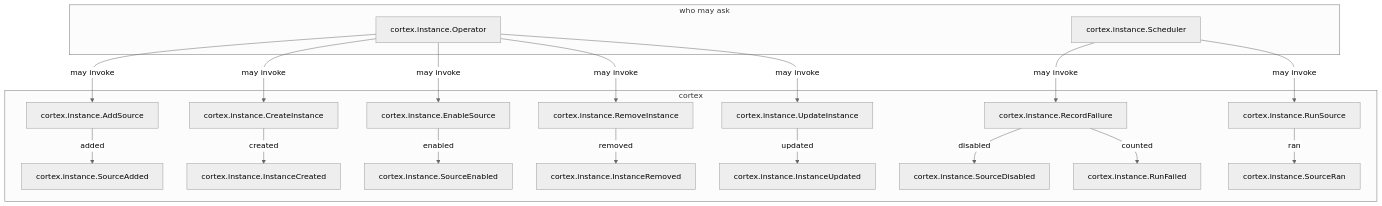
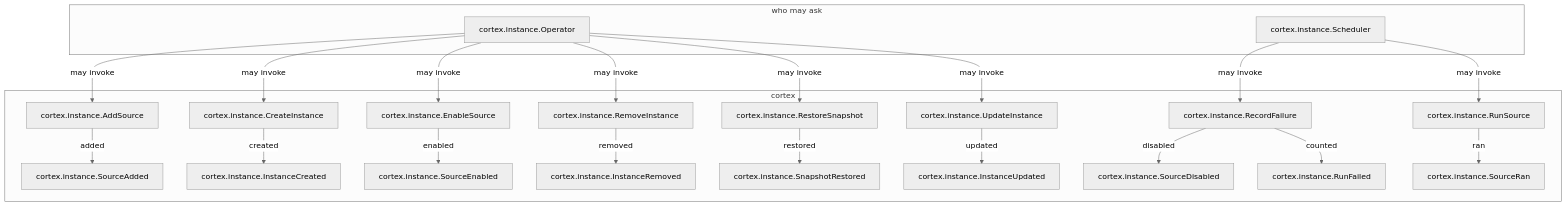
Before and after one commit to beyond10x/cortex: the diagram in generated/docs/docs/index.md, drawn with Mermaid (neutral theme). The commit also changed other lines of this file and 126 other files, not shown here.

First line of the commit message:
snapshot: a bad run can be undone from the snapshot taken before it

````diff
--- a/generated/docs/docs/index.md
+++ b/generated/docs/docs/index.md
@@ -14,39 +14,43 @@
 ```mermaid
 flowchart TB
     subgraph who["who may ask"]
         who0["cortex.instance.Operator"]
         who1["cortex.instance.Scheduler"]
     end
     subgraph unit0["cortex"]
         cmd0["cortex.instance.AddSource"]
         cmd1["cortex.instance.CreateInstance"]
         cmd2["cortex.instance.EnableSource"]
         cmd3["cortex.instance.RecordFailure"]
         cmd4["cortex.instance.RemoveInstance"]
-        cmd5["cortex.instance.RunSource"]
-        cmd6["cortex.instance.UpdateInstance"]
+        cmd5["cortex.instance.RestoreSnapshot"]
+        cmd6["cortex.instance.RunSource"]
+        cmd7["cortex.instance.UpdateInstance"]
         evt0["cortex.instance.InstanceCreated"]
         evt1["cortex.instance.InstanceRemoved"]
         evt2["cortex.instance.InstanceUpdated"]
         evt3["cortex.instance.RunFailed"]
-        evt4["cortex.instance.SourceAdded"]
-        evt5["cortex.instance.SourceDisabled"]
-        evt6["cortex.instance.SourceEnabled"]
-        evt7["cortex.instance.SourceRan"]
+        evt4["cortex.instance.SnapshotRestored"]
+        evt5["cortex.instance.SourceAdded"]
+        evt6["cortex.instance.SourceDisabled"]
+        evt7["cortex.instance.SourceEnabled"]
+        evt8["cortex.instance.SourceRan"]
     end
     who0 -->|"may invoke"| cmd0
     who0 -->|"may invoke"| cmd1
     who0 -->|"may invoke"| cmd2
     who0 -->|"may invoke"| cmd4
-    who0 -->|"may invoke"| cmd6
+    who0 -->|"may invoke"| cmd5
+    who0 -->|"may invoke"| cmd7
     who1 -->|"may invoke"| cmd3
-    who1 -->|"may invoke"| cmd5
-    cmd0 -->|"added"| evt4
+    who1 -->|"may invoke"| cmd6
+    cmd0 -->|"added"| evt5
     cmd1 -->|"created"| evt0
-    cmd2 -->|"enabled"| evt6
-    cmd3 -->|"disabled"| evt5
+    cmd2 -->|"enabled"| evt7
+    cmd3 -->|"disabled"| evt6
     cmd3 -->|"counted"| evt3
     cmd4 -->|"removed"| evt1
-    cmd5 -->|"ran"| evt7
-    cmd6 -->|"updated"| evt2
+    cmd5 -->|"restored"| evt4
+    cmd6 -->|"ran"| evt8
+    cmd7 -->|"updated"| evt2
 ```
````
